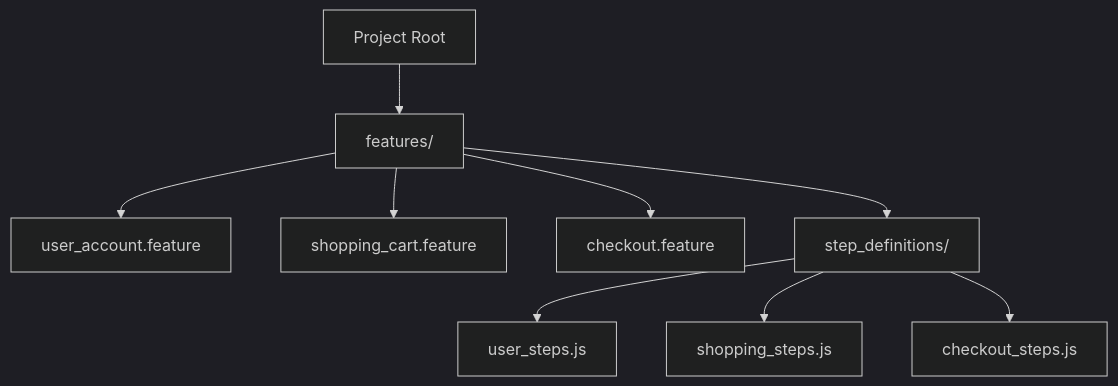
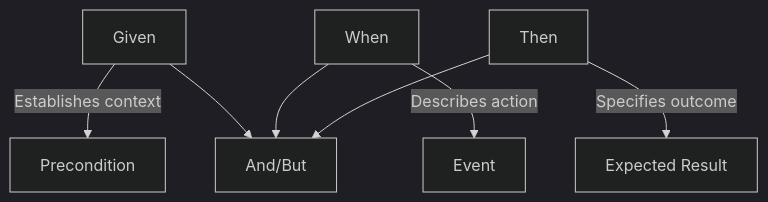
The second of 2 diagrams in apps-standalone/ayokoding-web/content/en/learn/crash-courses/swe/stacks/automation/gherkin/basics.md (wahidyankf/oss), drawn with Mermaid (dark theme) before and after one commit. The commit also changed other lines of this file and 40 other files, not shown here.

````diff
--- a/apps-standalone/ayokoding-web/content/en/learn/crash-courses/swe/stacks/automation/gherkin/basics.md
+++ b/apps-standalone/ayokoding-web/content/en/learn/crash-courses/swe/stacks/automation/gherkin/basics.md
@@ -303,11 +115,9 @@
 ```mermaid
-flowchart TD
-    A[Project Root] --> B[features/]
-    B --> C[user_account.feature]
-    B --> D[shopping_cart.feature]
-    B --> E[checkout.feature]
-    B --> F[step_definitions/]
-    F --> G[user_steps.js]
-    F --> H[shopping_steps.js]
-    F --> I[checkout_steps.js]
+graph TD
+    A[Given] -->|"Establishes context"| B[Precondition]
+    C[When] -->|"Describes action"| D[Event]
+    E[Then] -->|"Specifies outcome"| F[Expected Result]
+    A --> G[And/But]
+    C --> G
+    E --> G
 ```
````
